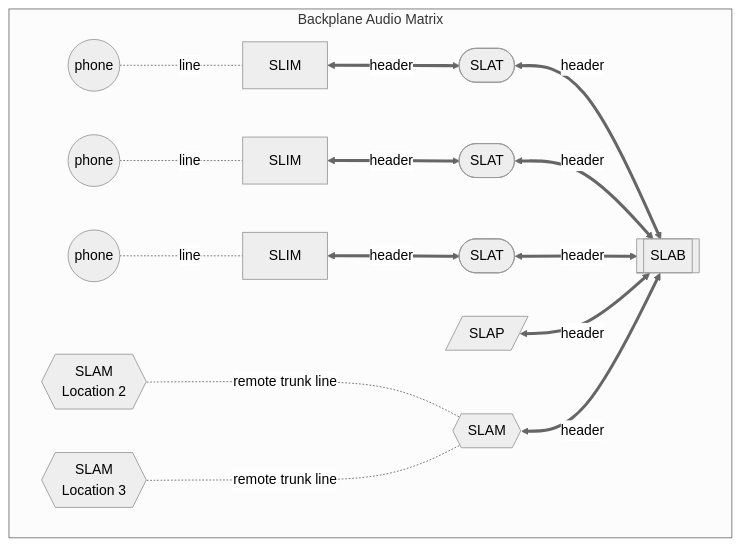
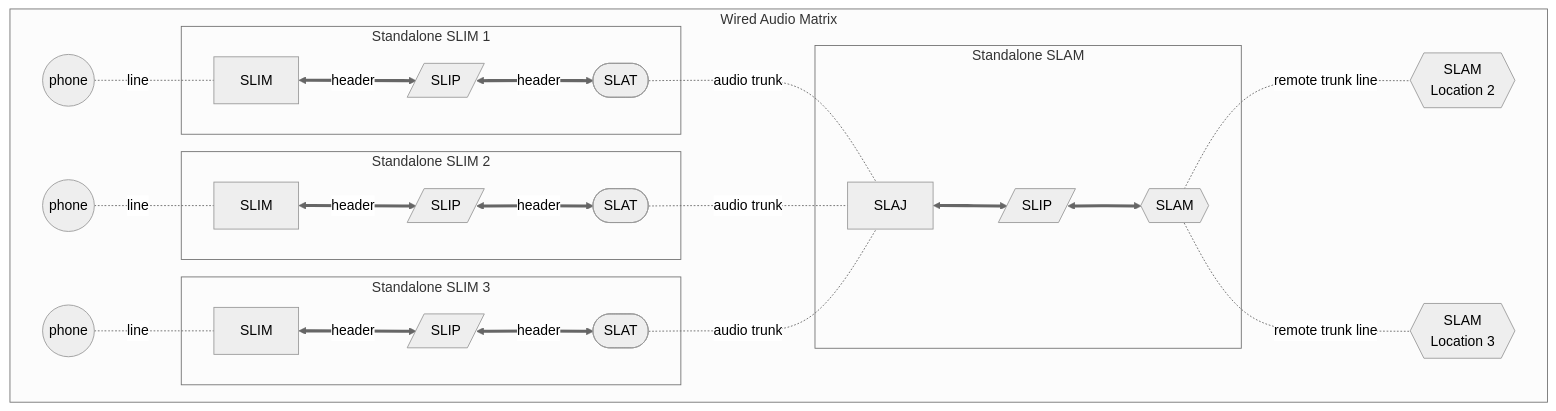
One commit to ktownsend-personal/RetroPhone changed the third of 4 diagrams in docs/README - modular.md. Above: the diagram before and after it, drawn with Mermaid (neutral theme). The commit also changed other lines of this file, not shown here.

````diff
--- a/docs/README - modular.md
+++ b/docs/README - modular.md
@@ -30,12 +35,23 @@
 ```mermaid
 flowchart LR
-  subgraph Backplane Audio Matrix
+  subgraph Wired Audio Matrix
     direction LR
-    Phone1((phone)) -.-|line| SLIM1[SLIM] <==>|header| SLAT1([SLAT]) <==>|header| SLAB
-    Phone2((phone)) -.-|line| SLIM2[SLIM] <==>|header| SLAT2([SLAT]) <==>|header| SLAB
-    Phone3((phone)) -.-|line| SLIM3[SLIM] <==>|header| SLAT3([SLAT]) <==>|header| SLAB
-    SLAP[/SLAP/] <==>|header| SLAB[[SLAB]]
-    SLAM2{{SLAM\nLocation 2}} -..-|remote trunk line| SLAM1{{SLAM}} <==>|header| SLAB
-    SLAM3{{SLAM\nLocation 3}} -..-|remote trunk line| SLAM1
+    subgraph Standalone SLAM
+      SLAJ <==> SLIP4[/SLIP/] <==> SLAM{{SLAM}}
+    end
+    subgraph Standalone SLIM 1
+      SLIM1[SLIM] <==>|header| SLIP1[/SLIP/] <==>|header| SLAT1([SLAT]) -.-|audio trunk| SLAJ
+    end
+    Phone1((phone)) -.-|line| SLIM1
+    subgraph Standalone SLIM 2
+      SLIM2[SLIM] <==>|header| SLIP2[/SLIP/] <==>|header| SLAT2([SLAT]) -.-|audio trunk| SLAJ
+    end
+    Phone2((phone)) -.-|line| SLIM2
+    subgraph Standalone SLIM 3
+      SLIM3[SLIM] <==>|header| SLIP3[/SLIP/] <==>|header| SLAT3([SLAT]) -.-|audio trunk| SLAJ
+    end
+    Phone3((phone)) -.-|line| SLIM3
+    SLAM -.-|remote trunk line| SLAM2{{SLAM\nLocation 2}}
+    SLAM -.-|remote trunk line| SLAM3{{SLAM\nLocation 3}}
   end
 ```
````
